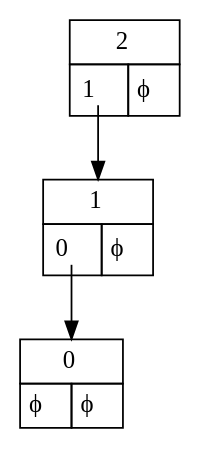
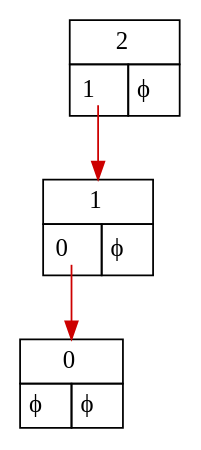
Before and after one commit to mroughan/SurrealNumbers.jl: the diagram in examples/Data/multiplication_ex_2.dot, drawn with Graphviz. The commit also changed 42 other files, not shown here.

```diff
--- a/examples/Data/multiplication_ex_2.dot
+++ b/examples/Data/multiplication_ex_2.dot
@@ -1,22 +1,22 @@
 digraph "2.0" {
    node_1 [shape=none,margin=0,label=
          <<TABLE BORDER="0" CELLBORDER="1" CELLSPACING="0" CELLPADDING="4">
          <TR><TD COLSPAN="2">2</TD></TR>
          <TR><TD PORT="L"> <TABLE BORDER="0" CELLBORDER="0" CELLPADDING="0"><TR><TD PORT="1,1"> 1 </TD> &nbsp; </TR></TABLE> </TD><TD PORT="R"> ϕ </TD></TR>
          </TABLE>>,
          ];
-   node_1:"1,1" -> node_2;
+   node_1:"1,1" -> node_2 [color="red3"];
    node_2 [shape=none,margin=0,label=
          <<TABLE BORDER="0" CELLBORDER="1" CELLSPACING="0" CELLPADDING="4">
          <TR><TD COLSPAN="2">1</TD></TR>
          <TR><TD PORT="L"> <TABLE BORDER="0" CELLBORDER="0" CELLPADDING="0"><TR><TD PORT="0,1"> 0 </TD> &nbsp; </TR></TABLE> </TD><TD PORT="R"> ϕ </TD></TR>
          </TABLE>>,
          ];
-   node_2:"0,1" -> node_3;
+   node_2:"0,1" -> node_3 [color="red3"];
    node_3 [shape=none,margin=0,label=
          <<TABLE BORDER="0" CELLBORDER="1" CELLSPACING="0" CELLPADDING="4">
          <TR><TD COLSPAN="2">0</TD></TR>
          <TR><TD PORT="L"> ϕ </TD><TD PORT="R"> ϕ </TD></TR>
          </TABLE>>,
          ];
 }
```
